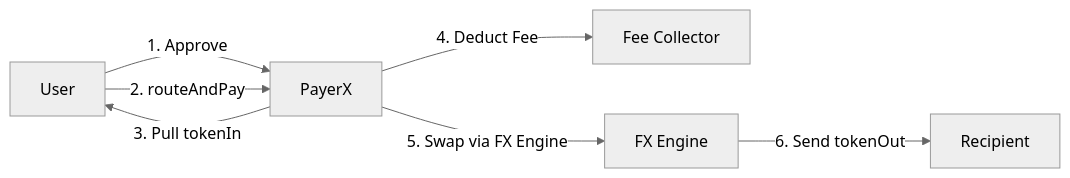
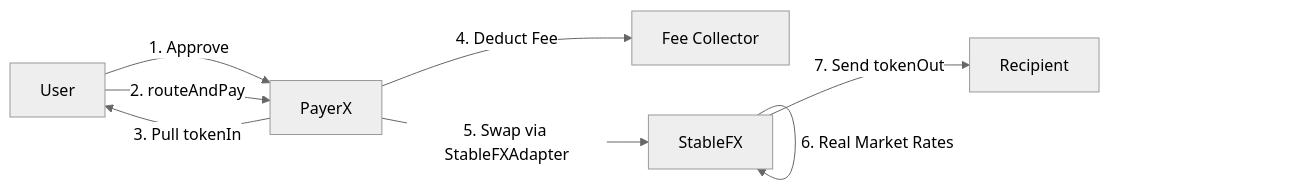
One commit to deseti/Contract-PayerX changed the diagram in README.md. Above: the diagram before and after it, drawn with Mermaid (neutral theme). The commit also changed other lines of this file and 11 other files, not shown here.

First line of the commit message:
feat: Implement StableFXAdapter and associated scripts for liquidity management and payment processing

````diff
--- a/README.md
+++ b/README.md
@@ -32,9 +34,10 @@
 ```mermaid
 graph LR
     A[User] -->|1. Approve| B[PayerX]
     A -->|2. routeAndPay| B
     B -->|3. Pull tokenIn| A
     B -->|4. Deduct Fee| C[Fee Collector]
-    B -->|5. Swap via FX Engine| D[FX Engine]
-    D -->|6. Send tokenOut| E[Recipient]
+    B -->|5. Swap via StableFXAdapter| D[StableFX]
+    D -->|6. Real Market Rates| D
+    D -->|7. Send tokenOut| E[Recipient]
 ```
````
